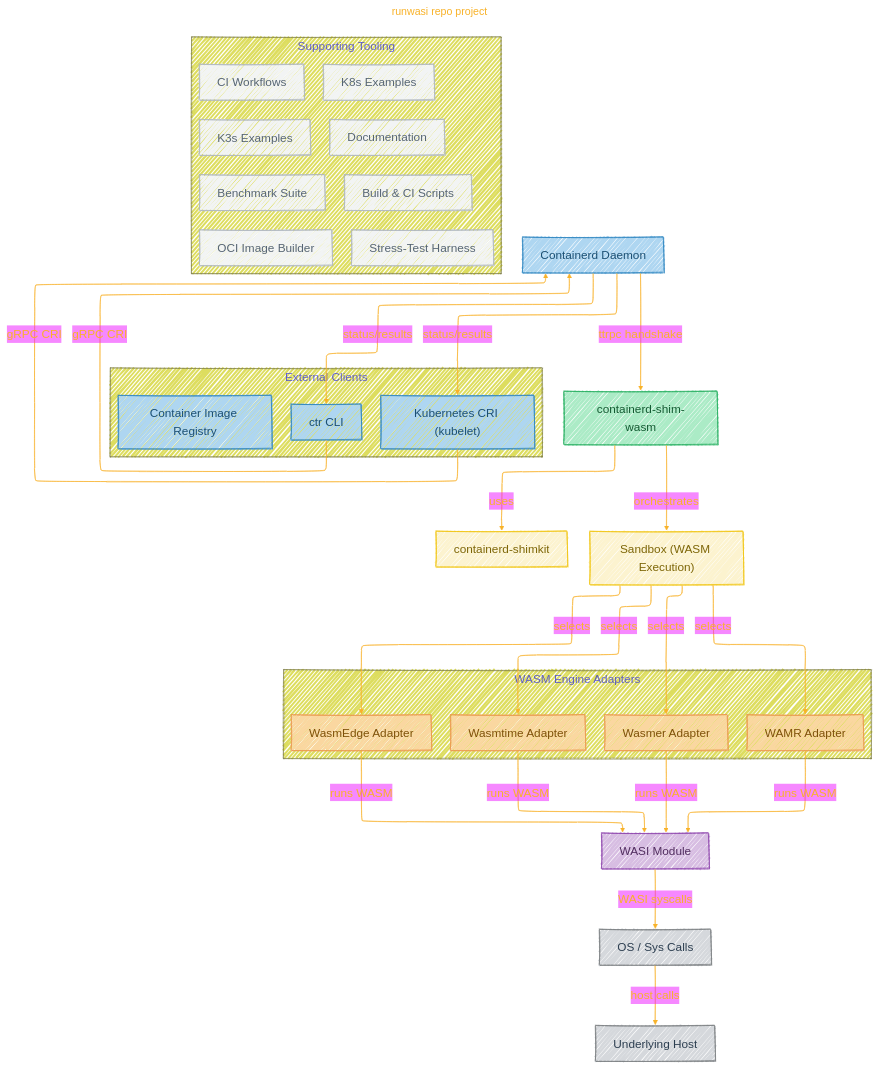
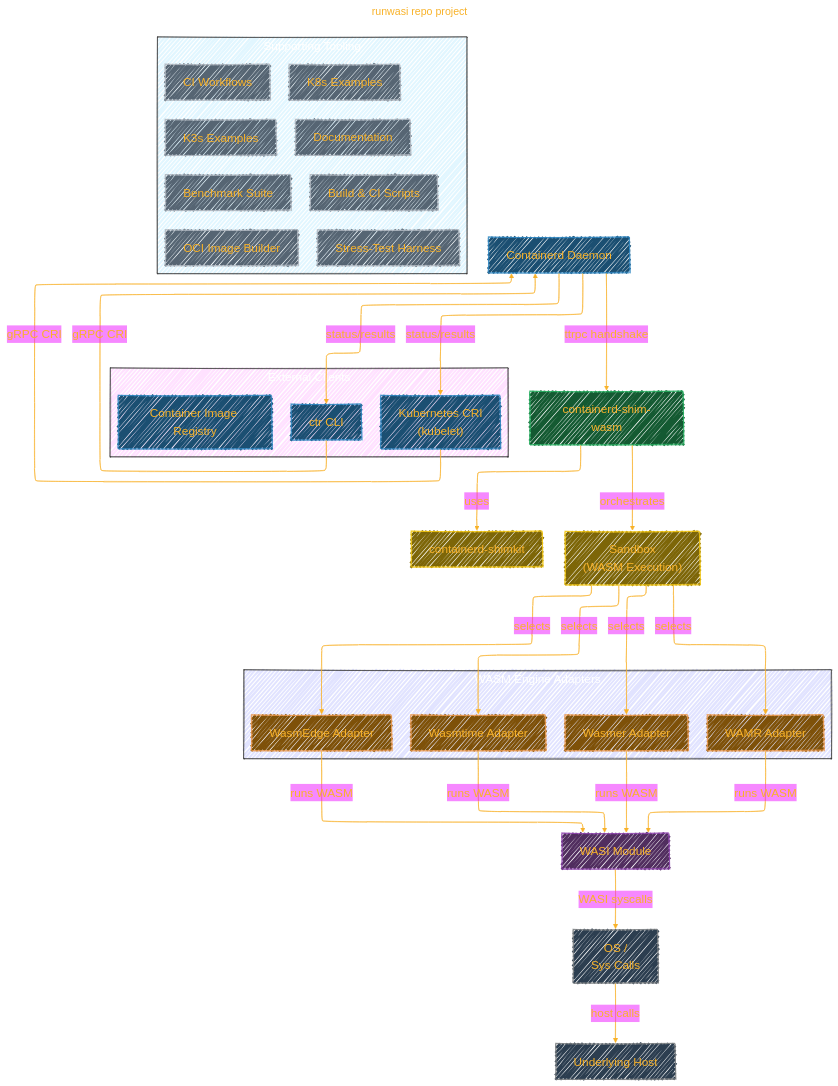
Before and after one commit to CongLeSolutionX/ArchExplorer: the first of 2 diagrams in APPLE/containerd_project/runwasi.md, drawn with Mermaid.

Commit message:
update note

````diff
--- a/APPLE/containerd_project/runwasi.md
+++ b/APPLE/containerd_project/runwasi.md
@@ -72,11 +72,11 @@
   }
 }%%
 flowchart TD
-    %% External Clients
-    subgraph "External Clients"
-	direction LR
+    subgraph External_Clients["External Clients"]
+    style External_Clients fill:#F2F2,stroke:#333,stroke-width:1px, color: #FFFF
+	  direction LR
         CTR["ctr CLI"]:::external
-        KUBE["Kubernetes CRI (kubelet)"]:::external
+        KUBE["Kubernetes CRI<br/>(kubelet)"]:::external
         REG["Container Image Registry"]:::external
     end
 
@@ -92,11 +92,12 @@
     click Shimkit "https://github.com/containerd/runwasi/tree/main/crates/containerd-shimkit"
 
     %% Sandbox
-    Sandbox["Sandbox (WASM Execution)"]:::library
+    Sandbox["Sandbox<br/>(WASM Execution)"]:::library
 
     %% Runtime Adapters
-    subgraph "WASM Engine Adapters"
-	direction LR
+    subgraph WASM_Engine_Adapters["WASM Engine Adapters"]
+    style WASM_Engine_Adapters fill:#23F2,stroke:#333,stroke-width:1px, color: #FFFF
+	  direction LR
         Wasmtime["Wasmtime Adapter"]:::adapter
         click Wasmtime "https://github.com/containerd/runwasi/tree/main/crates/containerd-shim-wasmtime"
         Wasmer["Wasmer Adapter"]:::adapter
@@ -107,30 +108,36 @@
         click WasmEdge "https://github.com/containerd/runwasi/tree/main/crates/containerd-shim-wasmedge"
     end
 
-    %% WASM Module
     Module["WASI Module"]:::module
     click Module "https://github.com/containerd/runwasi/tree/main/crates/wasi-demo-app"
 
     %% OS / Sys Abstractions
-    OS["OS / Sys Calls"]:::os
+    OS["OS /<br/> Sys Calls"]:::os
 
-    %% Supporting Tooling
-    subgraph "Supporting Tooling"
-	direction LR
+    subgraph Supporting_Tooling["Supporting Tooling"]
+    style Supporting_Tooling fill:#2BF2,stroke:#333,stroke-width:1px, color: #FFFF
+	  direction LR
         OCI["OCI Image Builder"]:::tooling
         click OCI "https://github.com/containerd/runwasi/tree/main/crates/oci-tar-builder"
+        
         Stress["Stress-Test Harness"]:::tooling
         click Stress "https://github.com/containerd/runwasi/tree/main/crates/stress-test"
+        
         Bench["Benchmark Suite"]:::tooling
         click Bench "https://github.com/containerd/runwasi/tree/main/benches/containerd-shim-benchmarks"
+        
         Docs["Documentation"]:::tooling
         click Docs "https://github.com/containerd/runwasi/blob/main/docs/src/developer/architecture.md"
+        
         TestK8s["K8s Examples"]:::tooling
         click TestK8s "https://github.com/containerd/runwasi/tree/main/test/k8s"
+        
         TestK3s["K3s Examples"]:::tooling
         click TestK3s "https://github.com/containerd/runwasi/tree/main/test/k3s"
+        
         Scripts["Build & CI Scripts"]:::tooling
         click Scripts "https://github.com/containerd/runwasi/tree/main/scripts"
+        
         CI["CI Workflows"]:::tooling
         click CI "https://github.com/containerd/runwasi/tree/main/.github/workflows"
     end
@@ -150,18 +157,18 @@
     WAMR -->|runs WASM| Module
     WasmEdge -->|runs WASM| Module
     Module -->|WASI syscalls| OS
-    OS -->|host calls| _[Underlying Host]:::os
+    OS -->|host calls| _["Underlying Host"]:::os
 
     Containerd -->|status/results| CTR
     Containerd -->|status/results| KUBE
 
     %% Styles
-    classDef external fill:#AED6F1,stroke:#2E86C1,color:#1B4F72
-    classDef shim fill:#ABEBC6,stroke:#27AE60,color:#145A32
-    classDef library fill:#FCF3CF,stroke:#F1C40F,color:#7D6608
-    classDef adapter fill:#FAD7A0,stroke:#EB984E,color:#7E5109
-    classDef module fill:#D7BDE2,stroke:#8E44AD,color:#512E5F
-    classDef os fill:#D5D8DC,stroke:#797D7F,color:#2C3E50
-    classDef tooling fill:#F2F4F4,stroke:#AEB6BF,color:#566573
+    classDef external fill:#1B4F72,stroke:#2E86C1
+    classDef shim fill:#145A32,stroke:#27AE60
+    classDef library fill:#7D6608,stroke:#F1C40F
+    classDef adapter fill:#7E5109,stroke:#EB984E
+    classDef module fill:#512E5F,stroke:#8E44AD
+    classDef os fill:#2C3E50,stroke:#797D7F
+    classDef tooling fill:#566573,stroke:#AEB6BF
 
 ```
````
